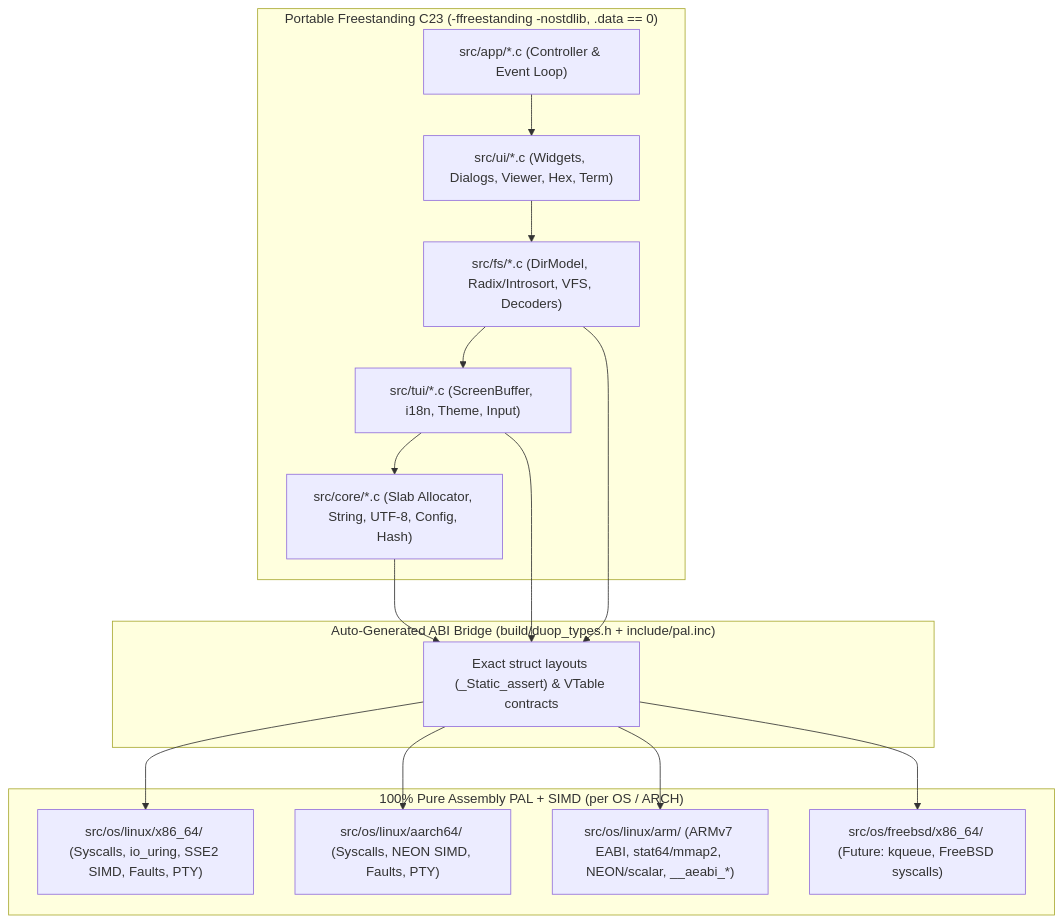
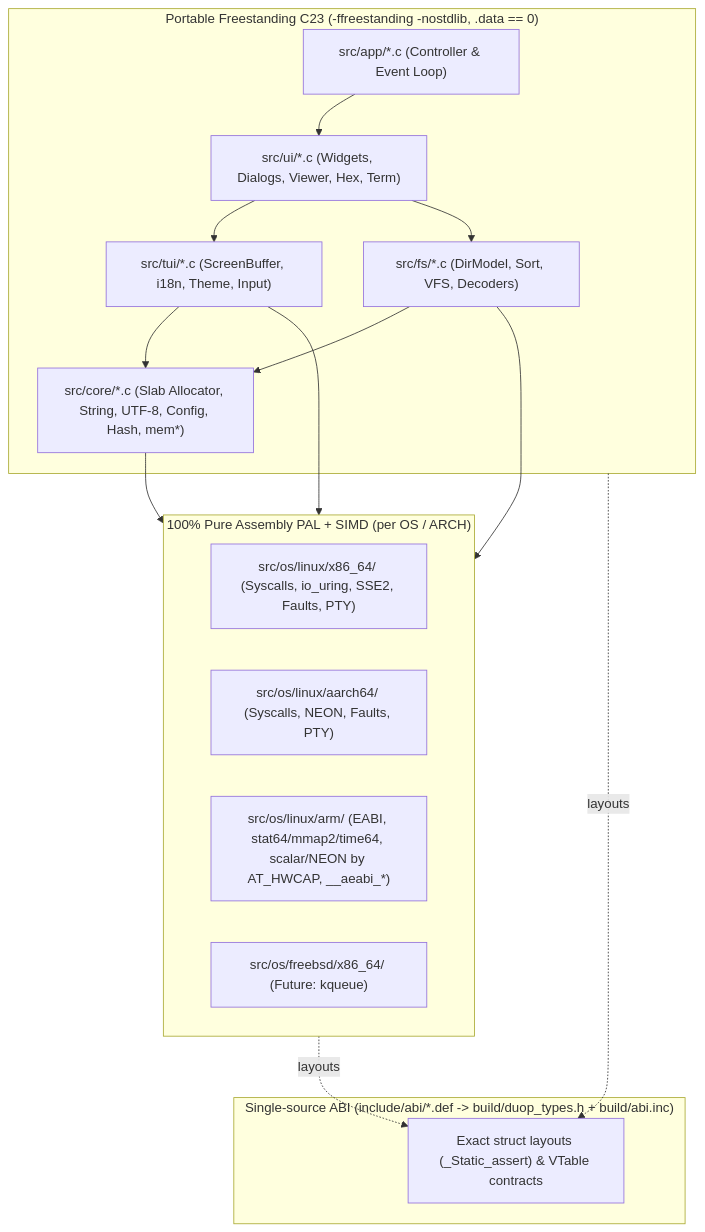
Before and after one commit to BlackKostia/NC: the diagram in docs/HYBRID_PORTABILITY_PLAN.md, drawn with Mermaid. The commit also changed other lines of this file, not shown here.

````diff
--- a/docs/HYBRID_PORTABILITY_PLAN.md
+++ b/docs/HYBRID_PORTABILITY_PLAN.md
@@ -11,30 +15,32 @@
 ```mermaid
 flowchart TB
     subgraph C_Layer["Portable Freestanding C23 (-ffreestanding -nostdlib, .data == 0)"]
         APP["src/app/*.c (Controller & Event Loop)"]
         UI["src/ui/*.c (Widgets, Dialogs, Viewer, Hex, Term)"]
-        FS["src/fs/*.c (DirModel, Radix/Introsort, VFS, Decoders)"]
         TUI["src/tui/*.c (ScreenBuffer, i18n, Theme, Input)"]
-        CORE["src/core/*.c (Slab Allocator, String, UTF-8, Config, Hash)"]
+        FS["src/fs/*.c (DirModel, Sort, VFS, Decoders)"]
+        CORE["src/core/*.c (Slab Allocator, String, UTF-8, Config, Hash, mem*)"]
     end
 
-    subgraph ABI_Contract["Auto-Generated ABI Bridge (build/duop_types.h + include/pal.inc)"]
+    subgraph ABI_Contract["Single-source ABI (include/abi/*.def -> build/duop_types.h + build/abi.inc)"]
         BRIDGE["Exact struct layouts (_Static_assert) & VTable contracts"]
     end
 
     subgraph ASM_PAL["100% Pure Assembly PAL + SIMD (per OS / ARCH)"]
-        X86["src/os/linux/x86_64/ (Syscalls, io_uring, SSE2 SIMD, Faults, PTY)"]
-        ARM64["src/os/linux/aarch64/ (Syscalls, NEON SIMD, Faults, PTY)"]
-        ARM32["src/os/linux/arm/ (ARMv7 EABI, stat64/mmap2, NEON/scalar, __aeabi_*)"]
-        BSD["src/os/freebsd/x86_64/ (Future: kqueue, FreeBSD syscalls)"]
+        X86["src/os/linux/x86_64/ (Syscalls, io_uring, SSE2, Faults, PTY)"]
+        ARM64["src/os/linux/aarch64/ (Syscalls, NEON, Faults, PTY)"]
+        ARM32["src/os/linux/arm/ (EABI, stat64/mmap2/time64, scalar/NEON by AT_HWCAP, __aeabi_*)"]
+        BSD["src/os/freebsd/x86_64/ (Future: kqueue)"]
     end
 
-    APP --> UI --> FS --> TUI --> CORE
-    CORE --> BRIDGE
-    FS --> BRIDGE
-    TUI --> BRIDGE
-    BRIDGE --> X86
-    BRIDGE --> ARM64
-    BRIDGE --> ARM32
-    BRIDGE --> BSD
+    APP --> UI
+    UI --> TUI
+    UI --> FS
+    TUI --> CORE
+    FS --> CORE
+    CORE --> ASM_PAL
+    FS --> ASM_PAL
+    TUI --> ASM_PAL
+    C_Layer -. layouts .-> BRIDGE
+    ASM_PAL -. layouts .-> BRIDGE
 ```
````
